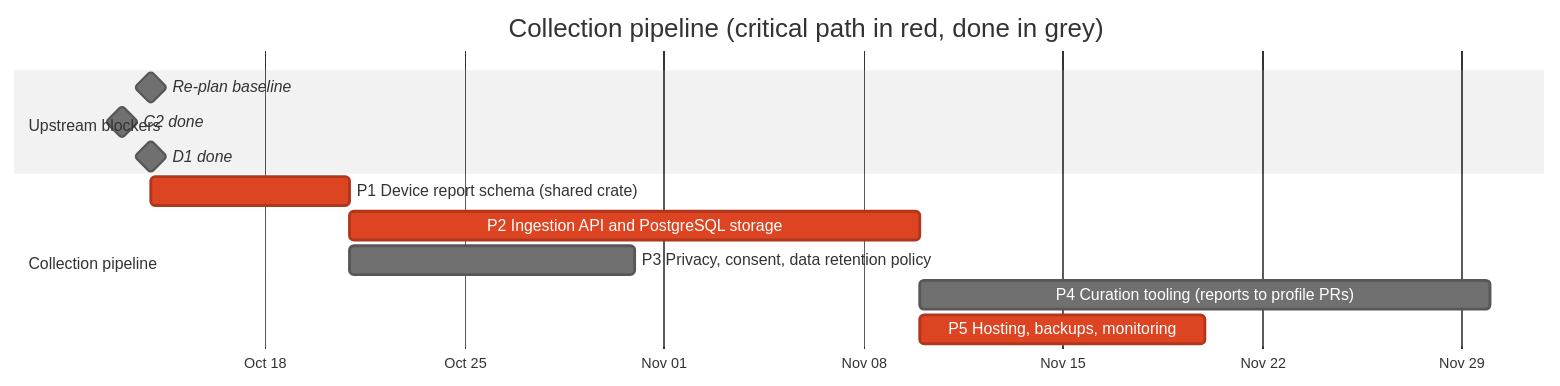
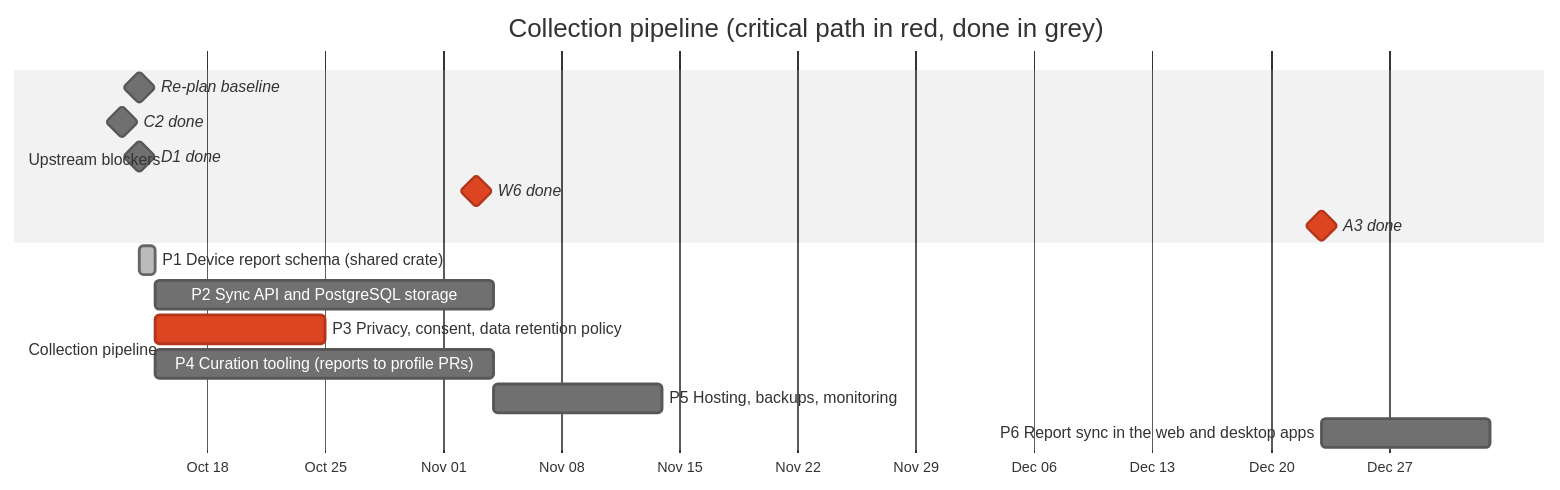
Before and after one commit to anygamepad/anygamepad.github.io: the diagram in ROADMAP/2026-10-14/03-collection-pipeline.md, drawn with Mermaid (neutral theme). The commit also changed other lines of this file and 48 other files, not shown here.

First line of the commit message:
Add device report schema, wizard, and local-first architecture (#10)

````diff
--- a/ROADMAP/2026-10-14/03-collection-pipeline.md
+++ b/ROADMAP/2026-10-14/03-collection-pipeline.md
@@ -8,16 +12,19 @@
 ```mermaid
 gantt
     dateFormat YYYY-MM-DD
     axisFormat %b %d
     title Collection pipeline (critical path in red, done in grey)
     section Upstream blockers
     Re-plan baseline :milestone, t0, 2026-10-14, 0d
     C2 done :milestone, c2, 2026-10-13, 0d
     D1 done :milestone, d1, 2026-10-14, 0d
+    W6 done :milestone, crit, w6, 2026-11-03, 0d
+    A3 done :milestone, crit, a3, 2026-12-23, 0d
     section Collection pipeline
-    P1 Device report schema (shared crate) :crit, p1, after c2 d1 t0, 7d
-    P2 Ingestion API and PostgreSQL storage :crit, p2, after p1, 20d
-    P3 Privacy, consent, data retention policy :p3, after p1, 10d
-    P4 Curation tooling (reports to profile PRs) :p4, after p2 d1, 20d
-    P5 Hosting, backups, monitoring :crit, p5, after p2, 10d
+    P1 Device report schema (shared crate) :done, p1, 2026-10-14, 1d
+    P2 Sync API and PostgreSQL storage :p2, after p1 t0, 20d
+    P3 Privacy, consent, data retention policy :crit, p3, after p1 t0, 10d
+    P4 Curation tooling (reports to profile PRs) :p4, after p1 d1 t0, 20d
+    P5 Hosting, backups, monitoring :p5, after p2, 10d
+    P6 Report sync in the web and desktop apps :p6, after p2 w6 a3, 10d
 ```
````
